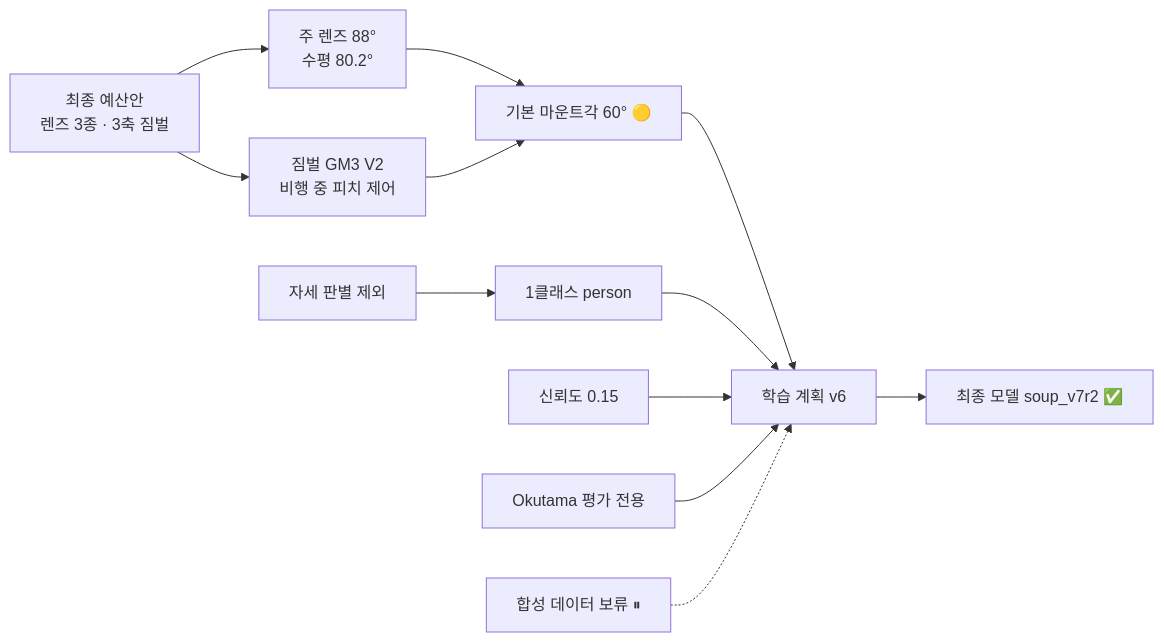
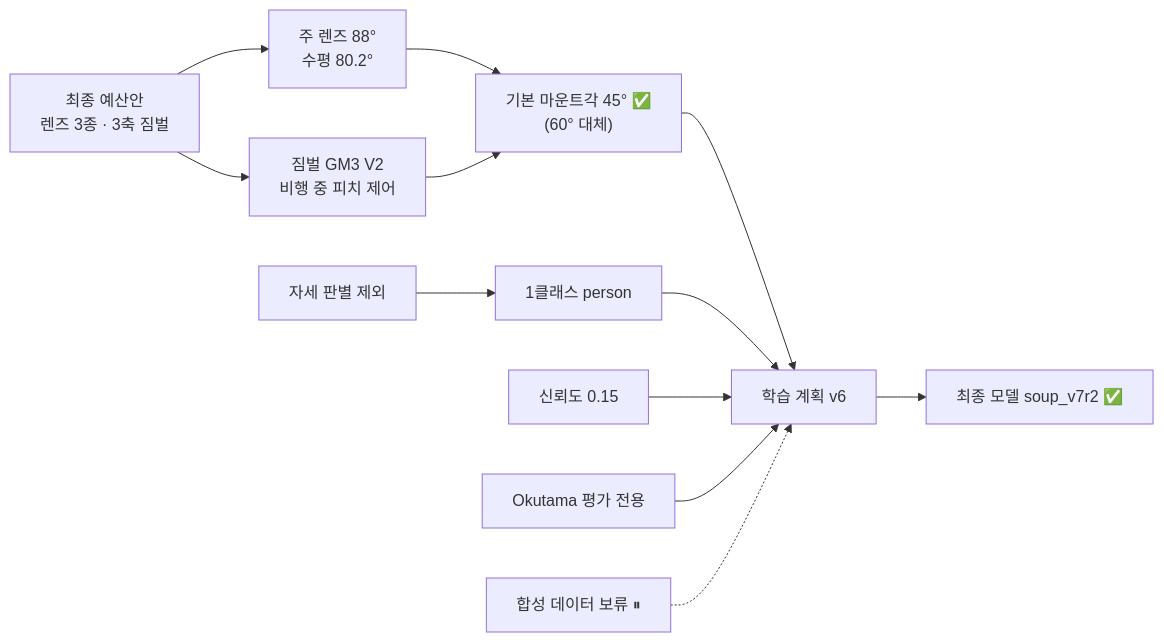
The diagram in obsidian/05 결정/_결정 색인.md (tim9985/Capstone), drawn with Mermaid before and after one commit. The commit also changed other lines of this file and 106 other files, not shown here.

````diff
--- a/obsidian/05 결정/_결정 색인.md
+++ b/obsidian/05 결정/_결정 색인.md
@@ -10,13 +10,13 @@
 ```mermaid
 flowchart LR
     B["최종 예산안<br/>렌즈 3종 · 3축 짐벌"] --> L["주 렌즈 88°<br/>수평 80.2°"]
     B --> G["짐벌 GM3 V2<br/>비행 중 피치 제어"]
-    L --> M["기본 마운트각 60° 🟡"]
+    L --> M["기본 마운트각 45° ✅<br/>(60° 대체)"]
     G --> M
     M --> P["학습 계획 v6"]
     P --> F["최종 모델 soup_v7r2 ✅"]
     X["자세 판별 제외"] --> O["1클래스 person"] --> P
     T["신뢰도 0.15"] --> P
     K["Okutama 평가 전용"] --> P
     S["합성 데이터 보류 ⏸"] -.-> P
 ```
````
